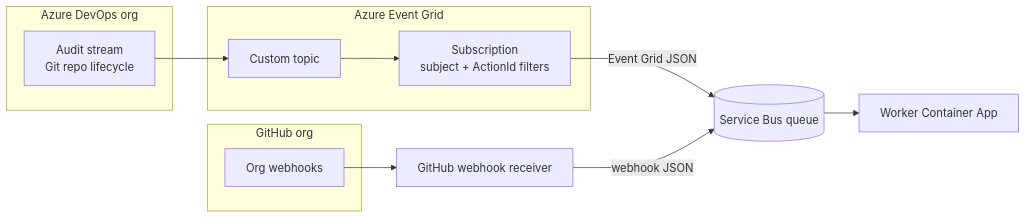
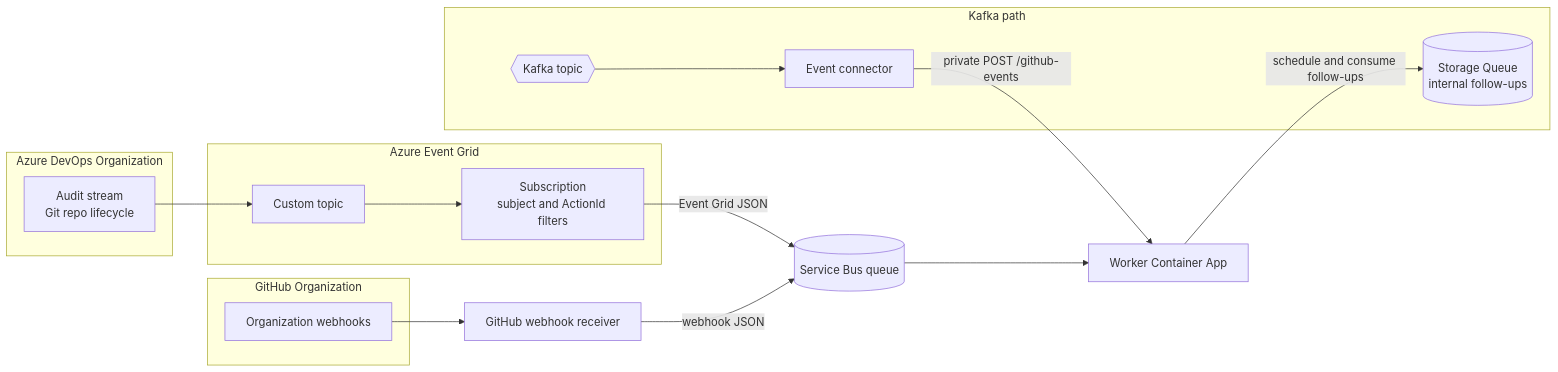
The diagram in INGESTION.md (snyk-ps/snyk-repo-sync), drawn with Mermaid before and after one commit. The commit also changed other lines of this file and 28 other files, not shown here.

Commit message:
feat: add-github-events-http-ingress

````diff
--- a/INGESTION.md
+++ b/INGESTION.md
@@ -11,26 +11,35 @@
 ```mermaid
 flowchart LR
-  subgraph ado [Azure DevOps org]
-    AS[Audit stream<br/>Git repo lifecycle]
+  subgraph ado["Azure DevOps Organization"]
+    AS["Audit stream<br/>Git repo lifecycle"]
   end
 
-  subgraph ingress [Azure Event Grid]
-    EG[Custom topic]
-    SUB[Subscription<br/>subject + ActionId filters]
+  subgraph ingress["Azure Event Grid"]
+    EG["Custom topic"]
+    SUB["Subscription<br/>subject and ActionId filters"]
   end
 
-  subgraph gh [GitHub org]
-    GHW[Org webhooks]
+  subgraph gh["GitHub Organization"]
+    GHW["Organization webhooks"]
   end
 
-  GWR[GitHub webhook receiver]
-  SB[(Service Bus queue)]
-  W[Worker Container App]
+  subgraph kafka_path["Kafka path"]
+    K{{"Kafka topic"}}
+    EC["Event connector"]
+    SQ[("Storage Queue<br/>internal follow-ups")]
+  end
+
+  GWR["GitHub webhook receiver"]
+  SB[("Service Bus queue")]
+  W["Worker Container App"]
 
   AS --> EG
   EG --> SUB
-  SUB -->|Event Grid JSON| SB
+  SUB -->|"Event Grid JSON"| SB
   GHW --> GWR
-  GWR -->|webhook JSON| SB
+  GWR -->|"webhook JSON"| SB
   SB --> W
+  K --> EC
+  EC -->|"private POST /github-events"| W
+  W -->|"schedule and consume follow-ups"| SQ
 ```
````
